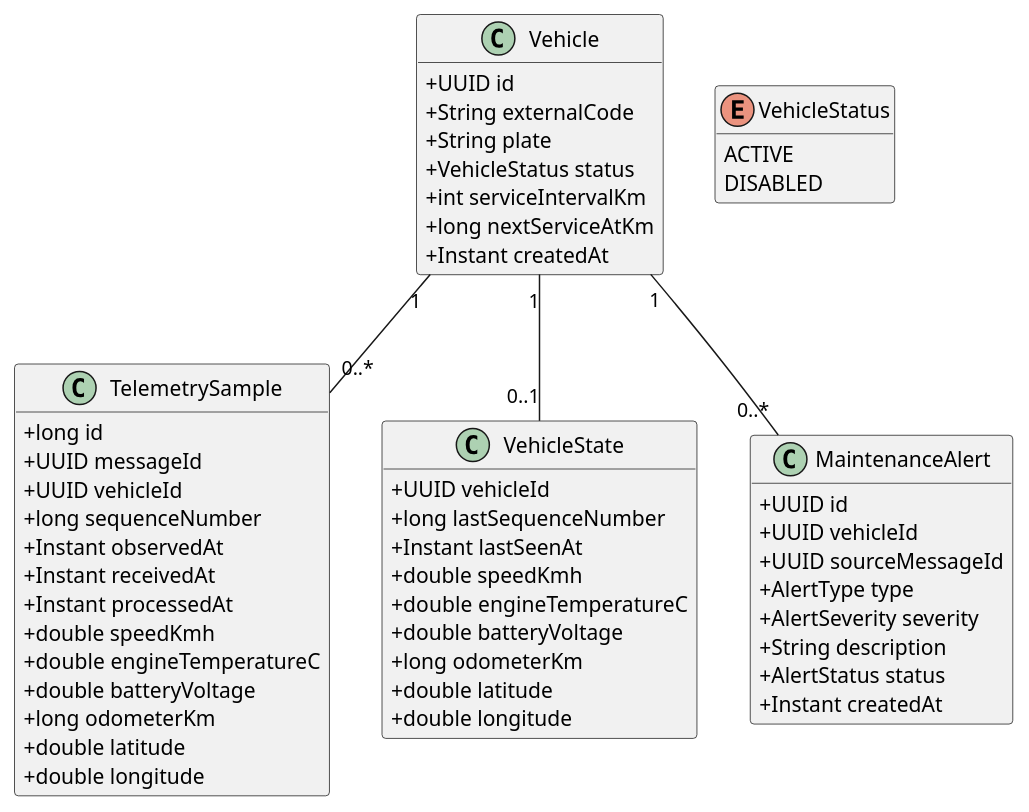
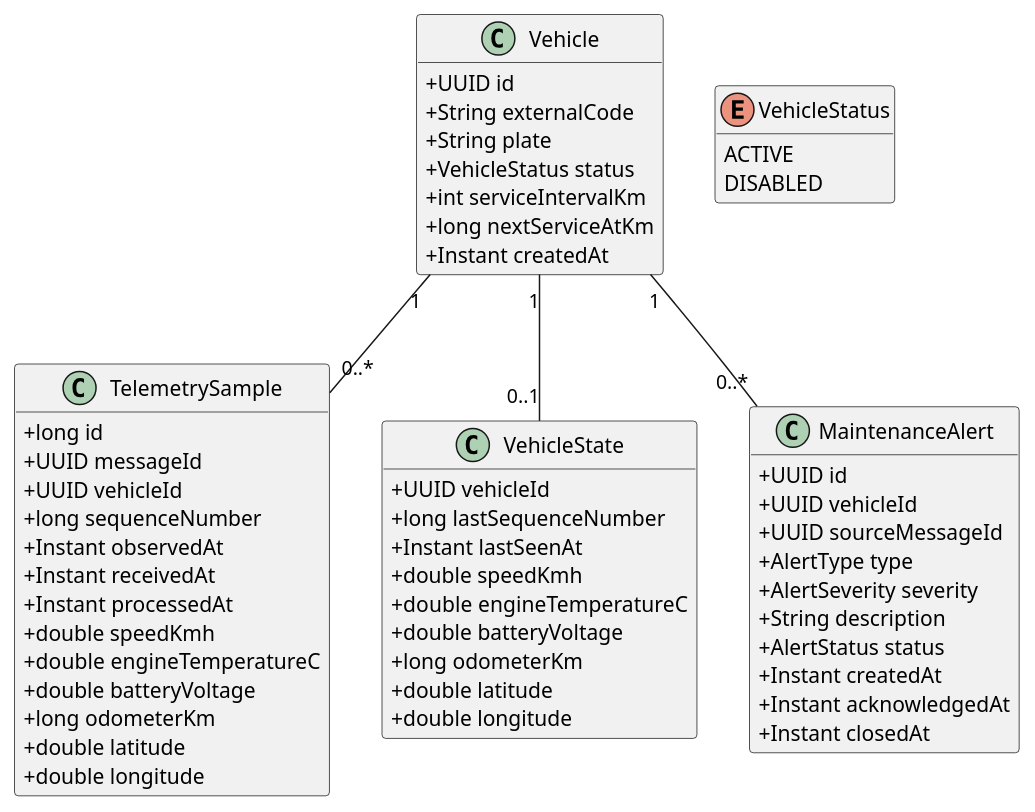
The first of 2 diagrams in docs/04_DOMAIN_MODEL.md (val3riot/FleetPulse), drawn with PlantUML before and after one commit. The commit also changed other lines of this file and 6 other files, not shown here.

````diff
--- a/docs/04_DOMAIN_MODEL.md
+++ b/docs/04_DOMAIN_MODEL.md
@@ -5,64 +5,66 @@
 ```plantuml
 @startuml
 hide methods
 skinparam classAttributeIconSize 0
 
 class Vehicle {
   +UUID id
   +String externalCode
   +String plate
   +VehicleStatus status
   +int serviceIntervalKm
   +long nextServiceAtKm
   +Instant createdAt
 }
 
 enum VehicleStatus {
   ACTIVE
   DISABLED
 }
 
 class TelemetrySample {
   +long id
   +UUID messageId
   +UUID vehicleId
   +long sequenceNumber
   +Instant observedAt
   +Instant receivedAt
   +Instant processedAt
   +double speedKmh
   +double engineTemperatureC
   +double batteryVoltage
   +long odometerKm
   +double latitude
   +double longitude
 }
 
 class VehicleState {
   +UUID vehicleId
   +long lastSequenceNumber
   +Instant lastSeenAt
   +double speedKmh
   +double engineTemperatureC
   +double batteryVoltage
   +long odometerKm
   +double latitude
   +double longitude
 }
 
 class MaintenanceAlert {
   +UUID id
   +UUID vehicleId
   +UUID sourceMessageId
   +AlertType type
   +AlertSeverity severity
   +String description
   +AlertStatus status
   +Instant createdAt
+  +Instant acknowledgedAt
+  +Instant closedAt
 }
 
 Vehicle "1" -- "0..*" TelemetrySample
 Vehicle "1" -- "0..1" VehicleState
 Vehicle "1" -- "0..*" MaintenanceAlert
 @enduml
 ```
````
